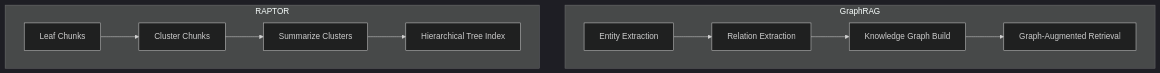
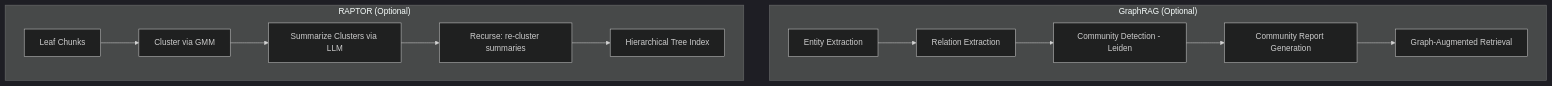
One commit to b-knowledge-solution/b-knowledge changed the second of 4 diagrams in docs/basic-design/rag-pipeline/rag-pipeline-overview.md. Above: the diagram before and after it, drawn with Mermaid (dark theme). The commit also changed other lines of this file and 29 other files, not shown here.

````diff
--- a/docs/basic-design/rag-pipeline/rag-pipeline-overview.md
+++ b/docs/basic-design/rag-pipeline/rag-pipeline-overview.md
@@ -96,14 +102,16 @@
 ```mermaid
 graph TD
-    subgraph "GraphRAG"
+    subgraph "GraphRAG (Optional)"
         GR1[Entity Extraction] --> GR2[Relation Extraction]
-        GR2 --> GR3[Knowledge Graph Build]
-        GR3 --> GR4[Graph-Augmented Retrieval]
+        GR2 --> GR3[Community Detection - Leiden]
+        GR3 --> GR4[Community Report Generation]
+        GR4 --> GR5[Graph-Augmented Retrieval]
     end
 
-    subgraph "RAPTOR"
-        RP1[Leaf Chunks] --> RP2[Cluster Chunks]
-        RP2 --> RP3[Summarize Clusters]
-        RP3 --> RP4[Hierarchical Tree Index]
+    subgraph "RAPTOR (Optional)"
+        RP1[Leaf Chunks] --> RP2[Cluster via GMM]
+        RP2 --> RP3[Summarize Clusters via LLM]
+        RP3 --> RP4[Recurse: re-cluster summaries]
+        RP4 --> RP5[Hierarchical Tree Index]
     end
 ```
````
